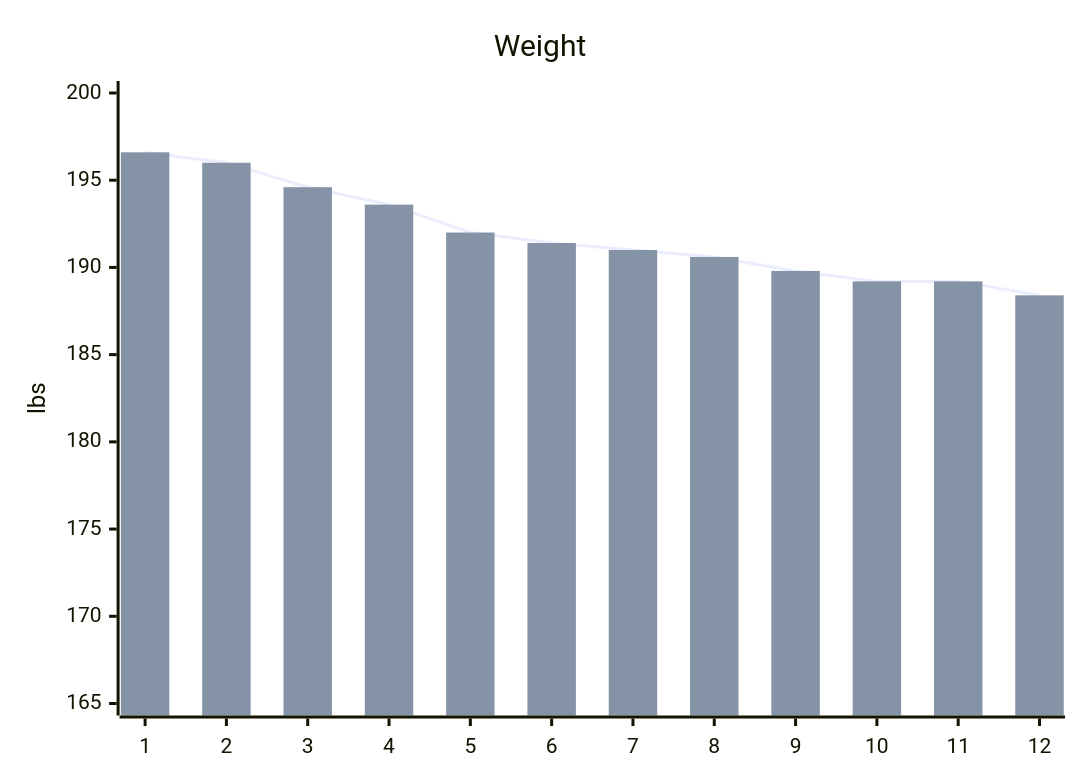
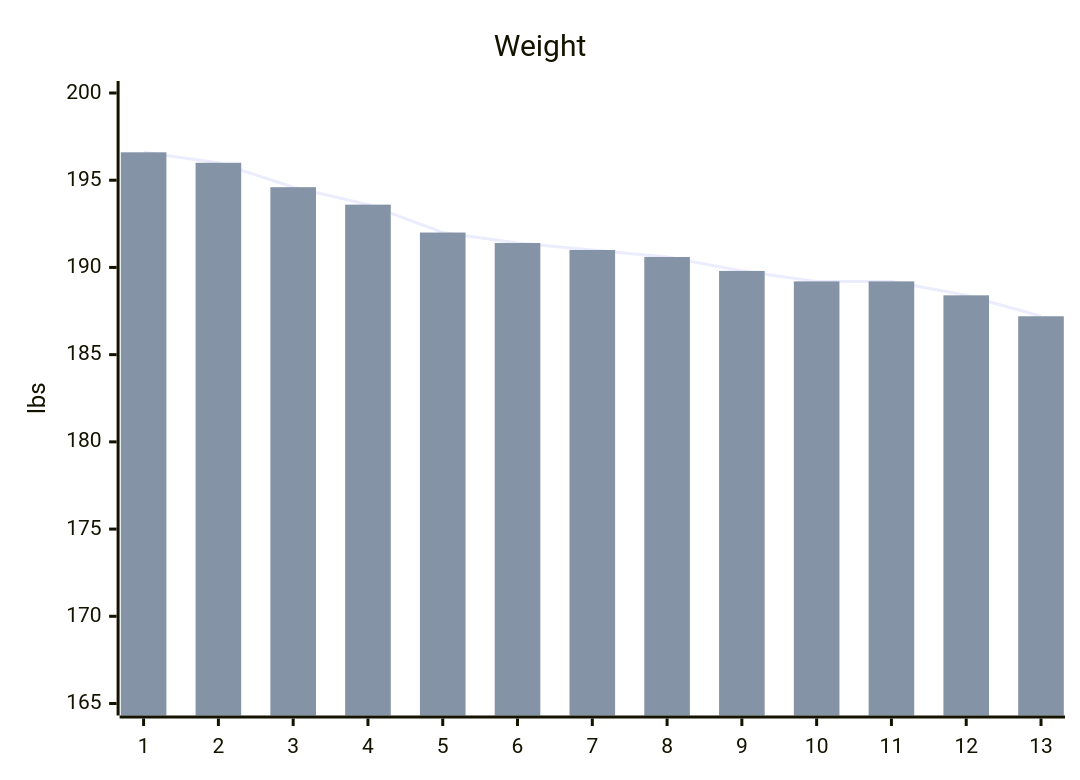
One commit to stevenelson35/stevenelson35.github.io changed the diagram in all_collections/_personal/goals.md. Above: the diagram before and after it, drawn with Mermaid. The commit also changed other lines of this file, not shown here.

```diff
--- a/all_collections/_personal/goals.md
+++ b/all_collections/_personal/goals.md
@@ -11,8 +11,8 @@
 <pre class="mermaid" >
   xychart-beta
     title "Weight" 
-    x-axis [1, 2, 3, 4, 5, 6, 7, 8, 9, 10, 11, 12] 
+    x-axis [1, 2, 3, 4, 5, 6, 7, 8, 9, 10, 11, 12, 13] 
     y-axis "lbs" 165 --> 200
-    line [196.6, 196.0, 194.6, 193.6, 192.0, 191.4, 191.0, 190.6, 189.8, 189.2, 189.2, 188.4]
-    bar [196.6, 196.0, 194.6, 193.6, 192.0, 191.4, 191.0, 190.6, 189.8, 189.2, 189.2, 188.4]
+    line [196.6, 196.0, 194.6, 193.6, 192.0, 191.4, 191.0, 190.6, 189.8, 189.2, 189.2, 188.4, 187.2]
+    bar [196.6, 196.0, 194.6, 193.6, 192.0, 191.4, 191.0, 190.6, 189.8, 189.2, 189.2, 188.4, 187.2]
 </pre>
```
